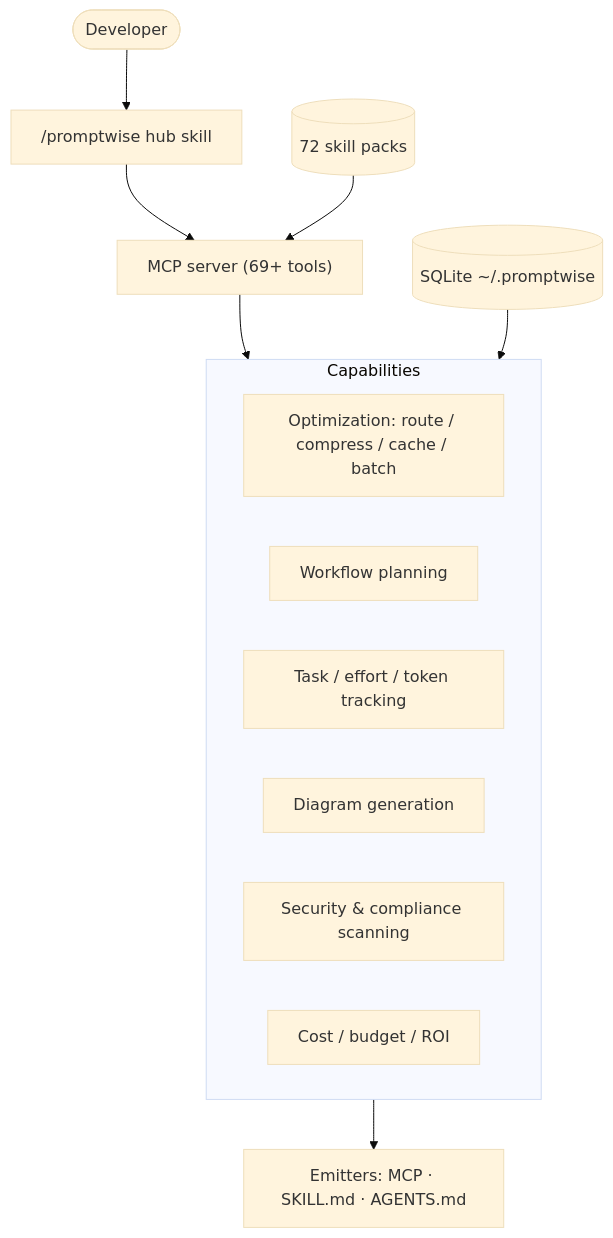
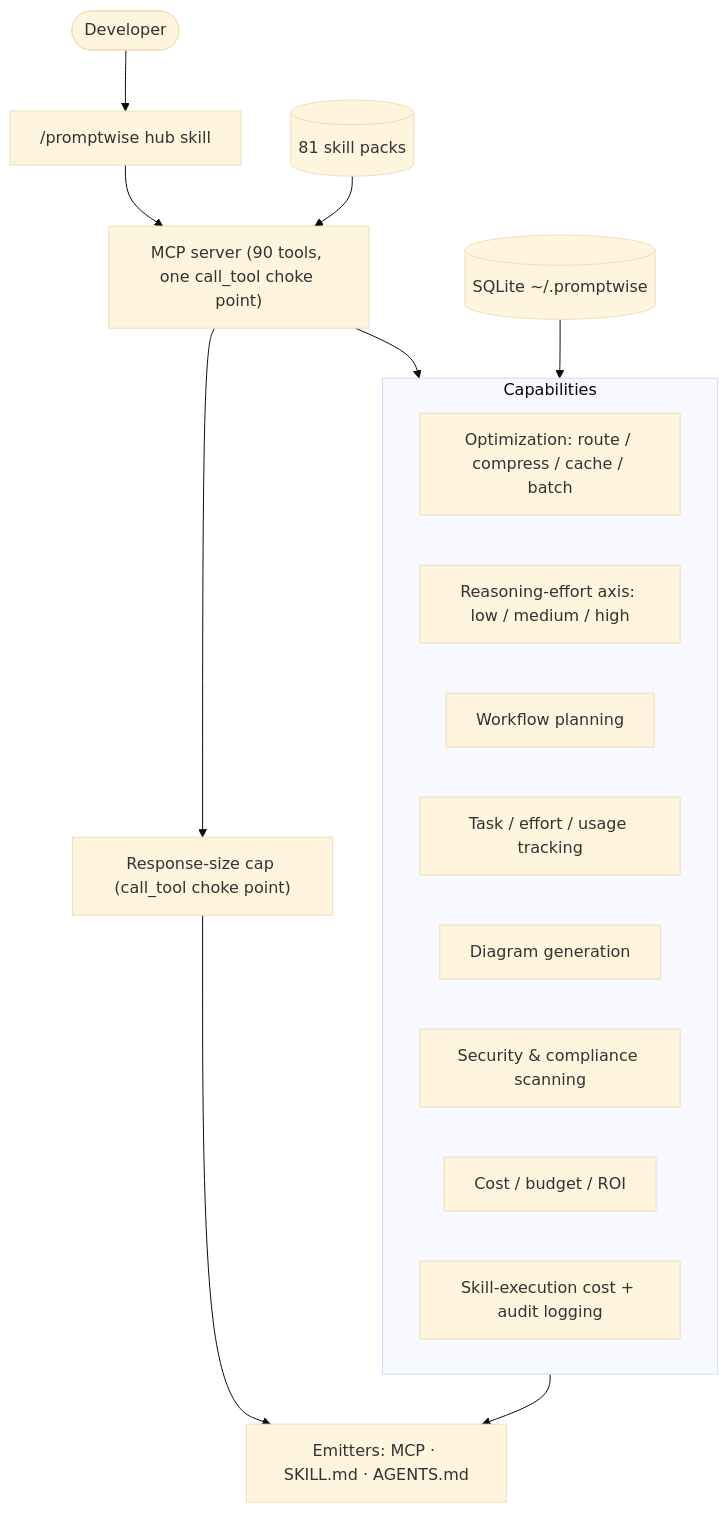
Before and after one commit to u2anilgit/PromptWise: the first of 6 diagrams in docs/ARCHITECTURE.md, drawn with Mermaid (base theme). The commit also changed other lines of this file and 2 other files, not shown here.

First line of the commit message:
docs: update README/CHANGELOG/architecture diagrams for effort axis + response cap + skill audit

````diff
--- a/docs/ARCHITECTURE.md
+++ b/docs/ARCHITECTURE.md
@@ -10,17 +10,21 @@
 ```mermaid
 flowchart TB
   dev([Developer]) --> hub["/promptwise hub skill"]
-  hub --> mcp["MCP server (69+ tools)"]
+  hub --> mcp["MCP server (90 tools, one call_tool choke point)"]
   subgraph Capabilities
     opt[Optimization: route / compress / cache / batch]
+    effort[Reasoning-effort axis: low / medium / high]
     flow[Workflow planning]
-    track[Task / effort / token tracking]
+    track[Task / effort / usage tracking]
     diag[Diagram generation]
     sec[Security & compliance scanning]
     cost[Cost / budget / ROI]
+    skillaudit[Skill-execution cost + audit logging]
   end
   mcp --> Capabilities
-  Capabilities --> emit["Emitters: MCP · SKILL.md · AGENTS.md"]
-  packs[("72 skill packs")] --> mcp
+  mcp --> cap["Response-size cap (call_tool choke point)"]
+  cap --> emit["Emitters: MCP · SKILL.md · AGENTS.md"]
+  Capabilities --> emit
+  packs[("81 skill packs")] --> mcp
   store[("SQLite ~/.promptwise")] --> Capabilities
 ```
````
